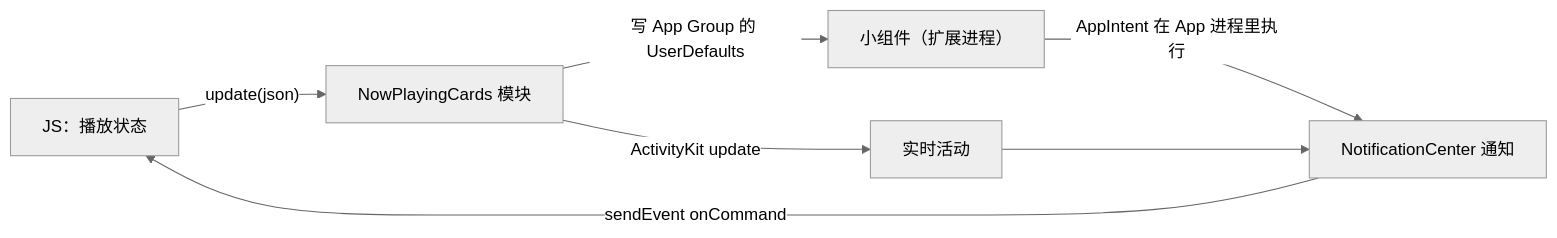
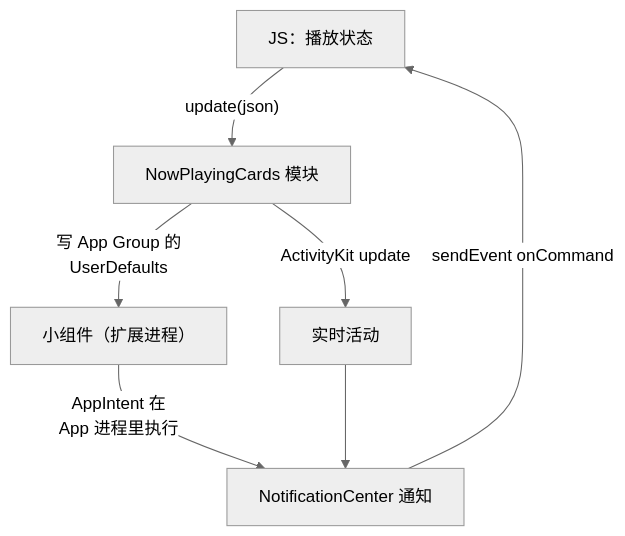
The diagram in books/rn-expo/06-native-module.md (jarvis-pro/hatch-shelf), drawn with Mermaid (neutral theme) before and after one commit. The commit also changed 432 other files, not shown here.

````diff
--- a/books/rn-expo/06-native-module.md
+++ b/books/rn-expo/06-native-module.md
@@ -173,9 +173,9 @@
 ```mermaid
-flowchart LR
+flowchart TD
   JS["JS：播放状态"] -->|"update(json)"| M["NowPlayingCards 模块"]
-  M -->|"写 App Group 的 UserDefaults"| W["小组件（扩展进程）"]
+  M -->|"写 App Group 的<br/>UserDefaults"| W["小组件（扩展进程）"]
   M -->|"ActivityKit update"| L["实时活动"]
-  W -->|"AppIntent 在 App 进程里执行"| N["NotificationCenter 通知"]
+  W -->|"AppIntent 在<br/>App 进程里执行"| N["NotificationCenter 通知"]
   L --> N
   N -->|"sendEvent onCommand"| JS
 ```
````
